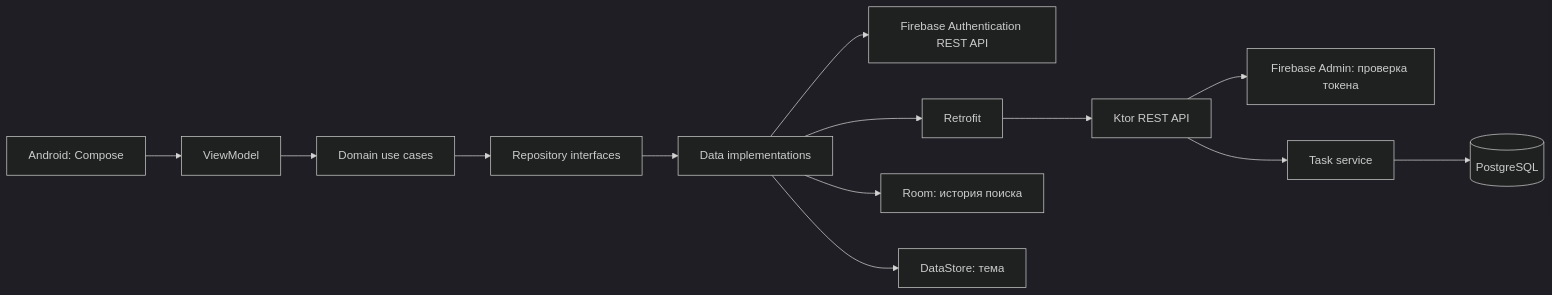
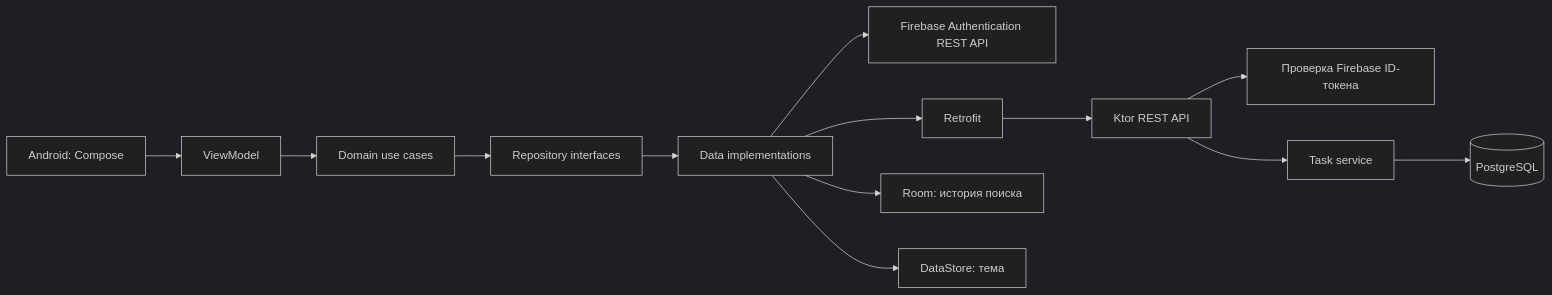
Before and after one commit to Grawgo/TaskPlannerClient: the diagram in docs/02-architecture.md, drawn with Mermaid (dark theme). The commit also changed other lines of this file and 5 other files, not shown here.

````diff
--- a/docs/02-architecture.md
+++ b/docs/02-architecture.md
@@ -5,15 +5,15 @@
 ```mermaid
 flowchart LR
     UI[Android: Compose] --> VM[ViewModel]
     VM --> UC[Domain use cases]
     UC --> REPO[Repository interfaces]
     REPO --> DATA[Data implementations]
     DATA --> AUTH[Firebase Authentication REST API]
     DATA --> HTTP[Retrofit]
     DATA --> ROOM[Room: история поиска]
     DATA --> PREF[DataStore: тема]
     HTTP --> API[Ktor REST API]
-    API --> VERIFY[Firebase Admin: проверка токена]
+    API --> VERIFY[Проверка Firebase ID-токена]
     API --> SERVICE[Task service]
     SERVICE --> PG[(PostgreSQL)]
 ```
````
